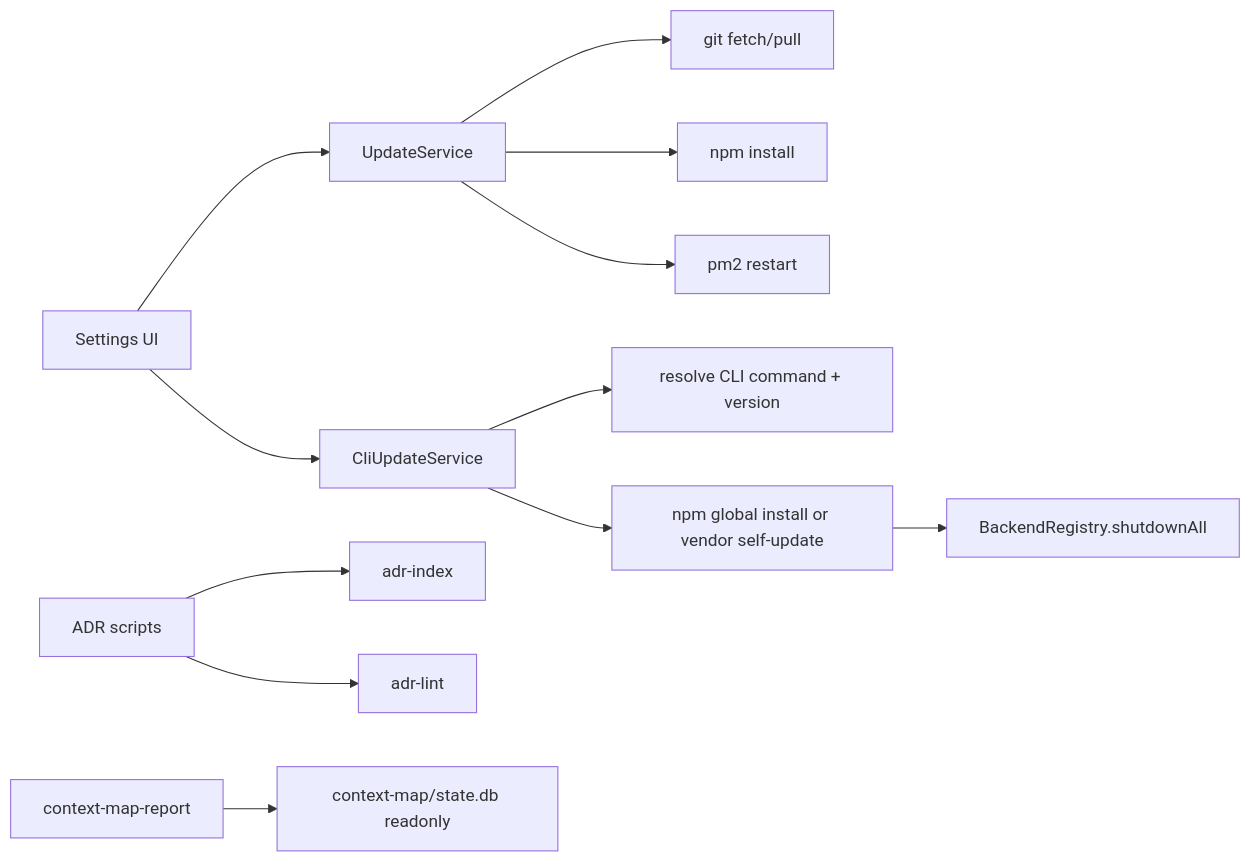
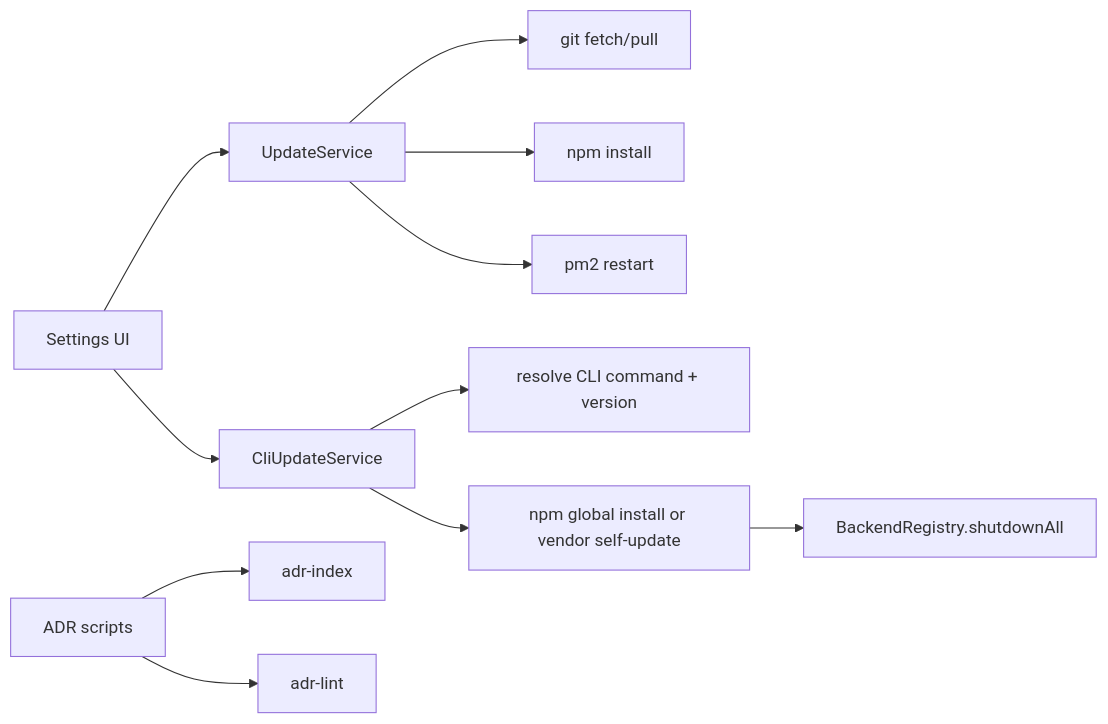
One commit to daronyondem/agent-cockpit changed the ninth of 9 diagrams in docs/spec-coverage.md. Above: the diagram before and after it, drawn with Mermaid. The commit also changed other lines of this file and 88 other files, not shown here.

Commit message:
Replace Context Map with Workspace Context

````diff
--- a/docs/spec-coverage.md
+++ b/docs/spec-coverage.md
@@ -270,14 +268,13 @@
 ```mermaid
 flowchart LR
   Settings["Settings UI"] --> Version["UpdateService"]
   Settings --> CliUpdates["CliUpdateService"]
   Version --> Git["git fetch/pull"]
   Version --> Npm["npm install"]
   Version --> PM2["pm2 restart"]
   CliUpdates --> Probe["resolve CLI command + version"]
   CliUpdates --> Updater["npm global install or vendor self-update"]
   Updater --> Registry["BackendRegistry.shutdownAll"]
   ADR["ADR scripts"] --> ADRIndex["adr-index"]
   ADR --> ADRLint["adr-lint"]
-  ContextReport["context-map-report"] --> ContextDb["context-map/state.db readonly"]
 ```
````
